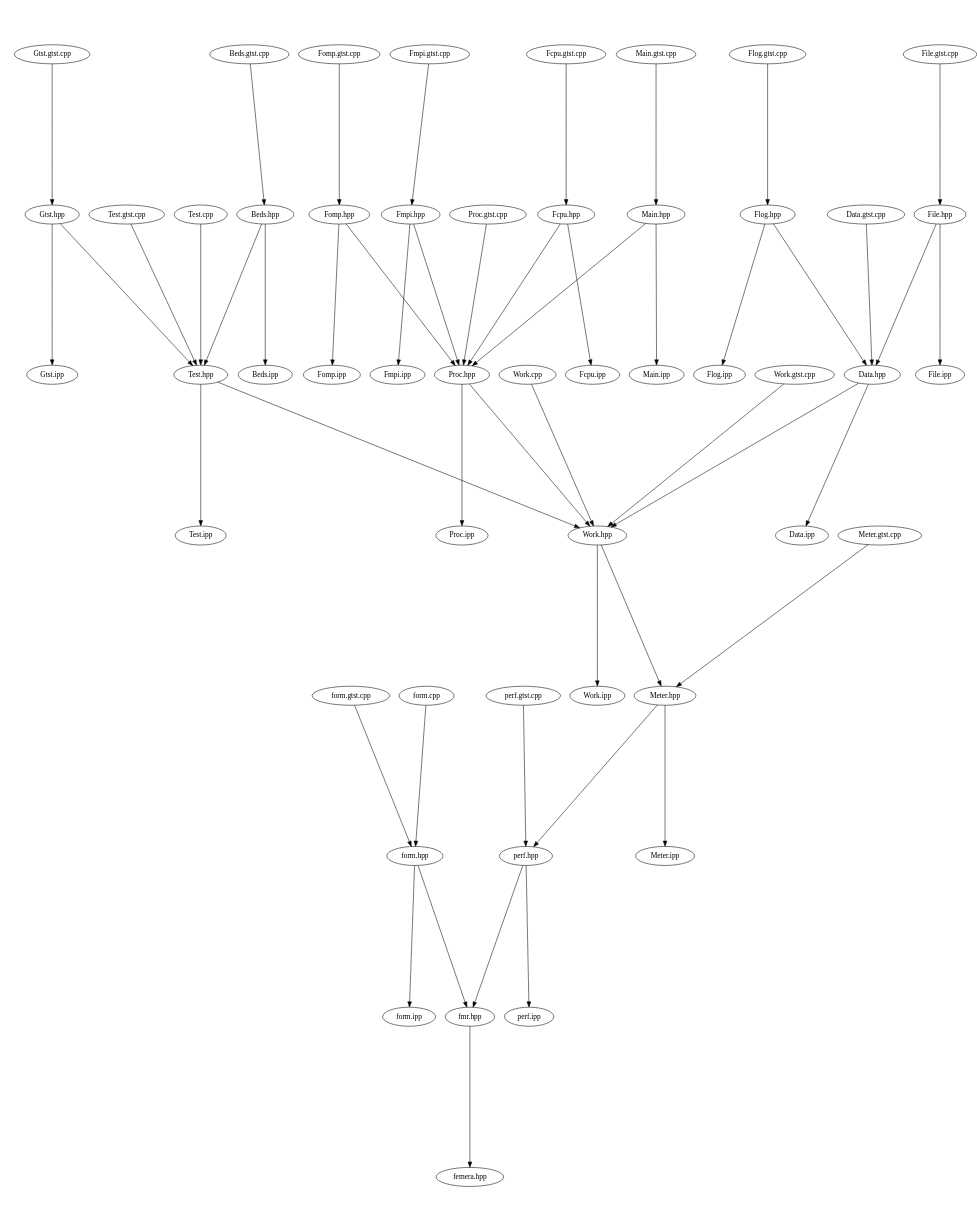
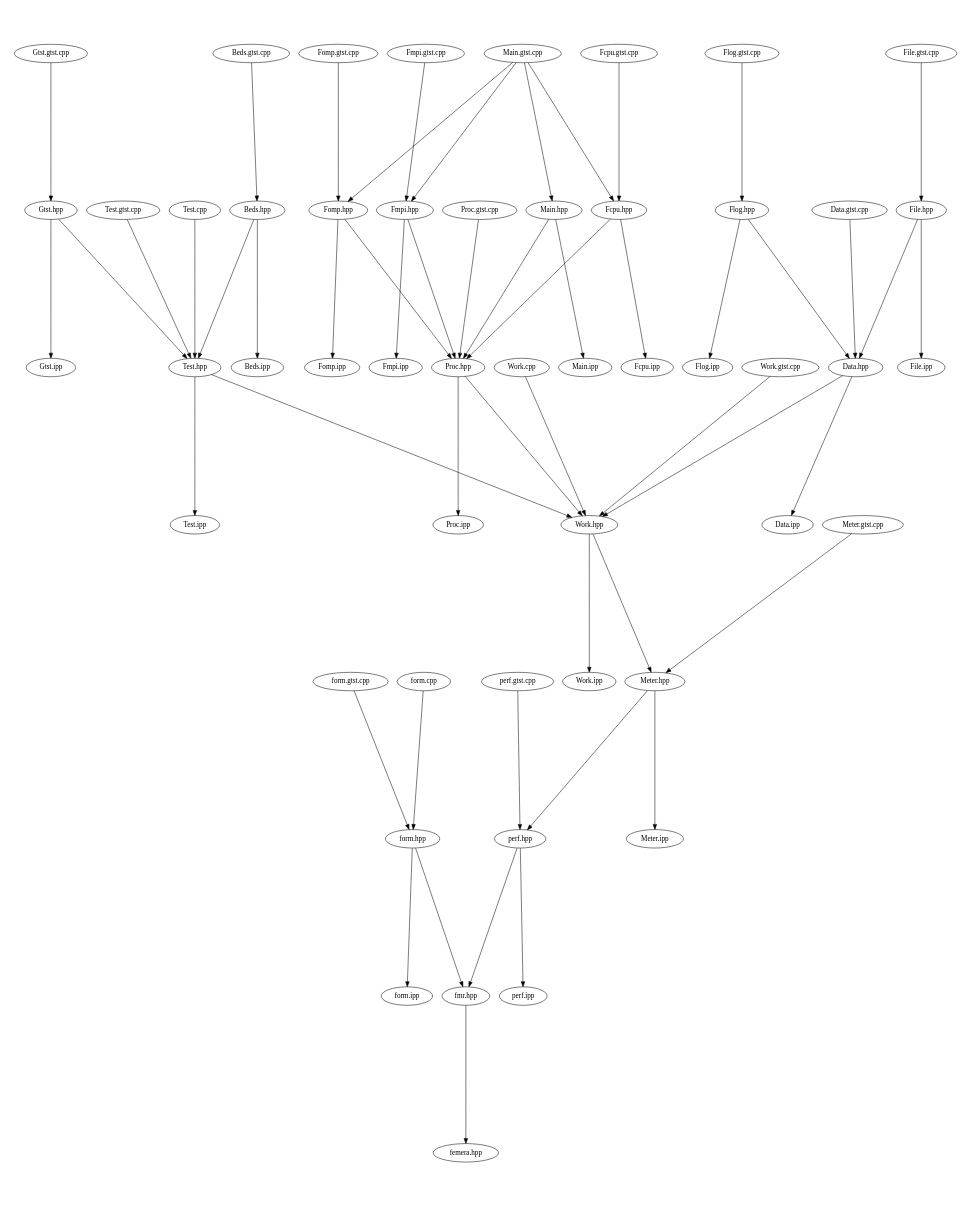
The diagram in src/docs/src.dot (waggyz/femera-mini-app), drawn with Graphviz before and after one commit. The commit also changed 24 other files, not shown here.

```diff
--- a/src/docs/src.dot
+++ b/src/docs/src.dot
@@ -1,57 +1,60 @@
 digraph "source tree" {
     overlap=scale;
     size="8,10";
     ratio="fill";
     fontsize="16";
     fontname="Helvetica";
 	clusterrank="local";
 	"Meter.hpp" -> "perf.hpp"
 	"Fomp.hpp" -> "Fomp.ipp"
 	"Gtst.hpp" -> "Gtst.ipp"
 	"Test.gtst.cpp" -> "Test.hpp"
+	"Main.gtst.cpp" -> "Fmpi.hpp"
 	"Fmpi.hpp" -> "Fmpi.ipp"
 	"form.cpp" -> "form.hpp"
 	"Flog.gtst.cpp" -> "Flog.hpp"
 	"Fmpi.gtst.cpp" -> "Fmpi.hpp"
+	"Main.gtst.cpp" -> "Fcpu.hpp"
 	"perf.hpp" -> "perf.ipp"
 	"Fcpu.hpp" -> "Fcpu.ipp"
 	"File.gtst.cpp" -> "File.hpp"
 	"perf.gtst.cpp" -> "perf.hpp"
 	"Work.cpp" -> "Work.hpp"
 	"Main.hpp" -> "Main.ipp"
 	"Proc.hpp" -> "Proc.ipp"
 	"Test.cpp" -> "Test.hpp"
 	"perf.hpp" -> "fmr.hpp"
 	"Data.gtst.cpp" -> "Data.hpp"
 	"Beds.gtst.cpp" -> "Beds.hpp"
 	"Data.hpp" -> "Data.ipp"
 	"File.hpp" -> "Data.hpp"
 	"Fomp.gtst.cpp" -> "Fomp.hpp"
 	"form.gtst.cpp" -> "form.hpp"
 	"Proc.gtst.cpp" -> "Proc.hpp"
 	"Work.hpp" -> "Work.ipp"
+	"Fmpi.hpp" -> "Proc.hpp"
 	"Meter.gtst.cpp" -> "Meter.hpp"
 	"Test.hpp" -> "Work.hpp"
-	"Fmpi.hpp" -> "Proc.hpp"
 	"Beds.hpp" -> "Test.hpp"
 	"Gtst.gtst.cpp" -> "Gtst.hpp"
 	"fmr.hpp" -> "femera.hpp"
 	"form.hpp" -> "form.ipp"
 	"form.hpp" -> "fmr.hpp"
 	"Proc.hpp" -> "Work.hpp"
 	"Gtst.hpp" -> "Test.hpp"
 	"Fcpu.gtst.cpp" -> "Fcpu.hpp"
 	"Data.hpp" -> "Work.hpp"
 	"Beds.hpp" -> "Beds.ipp"
 	"Work.hpp" -> "Meter.hpp"
+	"Main.gtst.cpp" -> "Fomp.hpp"
 	"Main.gtst.cpp" -> "Main.hpp"
 	"Fcpu.hpp" -> "Proc.hpp"
 	"Work.gtst.cpp" -> "Work.hpp"
 	"Fomp.hpp" -> "Proc.hpp"
 	"Flog.hpp" -> "Data.hpp"
 	"Main.hpp" -> "Proc.hpp"
 	"File.hpp" -> "File.ipp"
 	"Flog.hpp" -> "Flog.ipp"
 	"Meter.hpp" -> "Meter.ipp"
 	"Test.hpp" -> "Test.ipp"
 }
```
